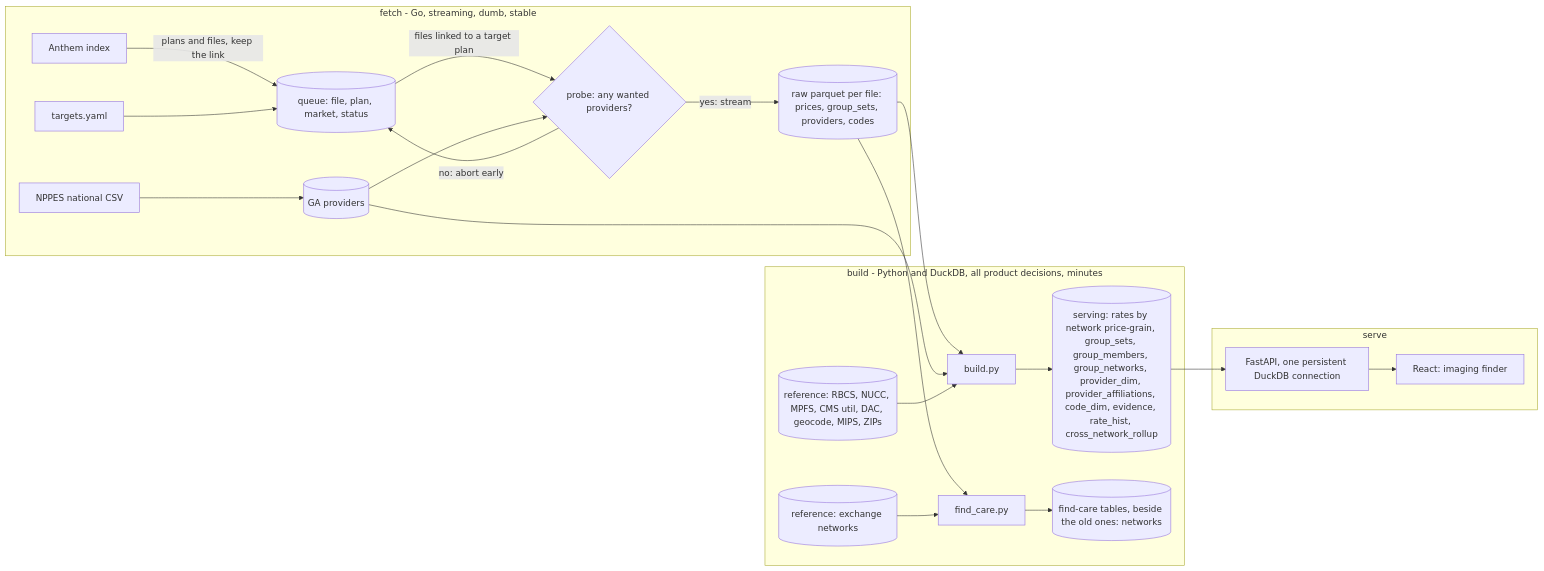
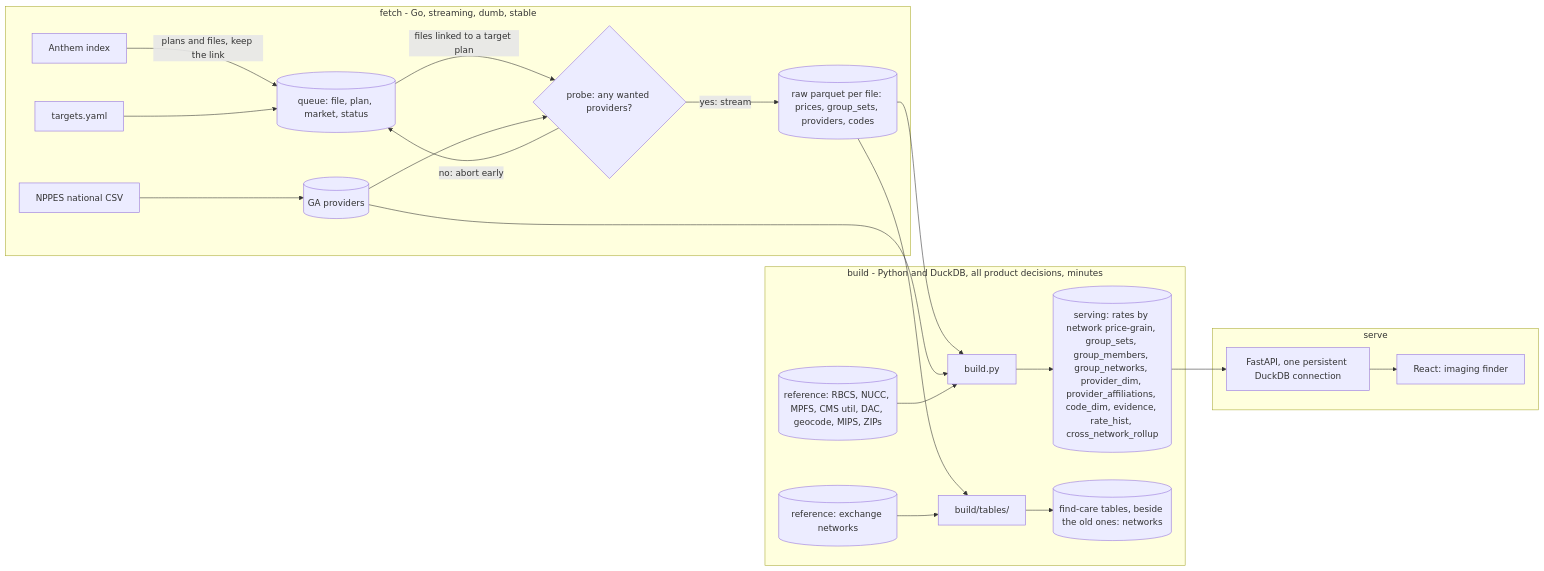
One commit to wmespi/honest-healthcare changed the first of 3 diagrams in docs/architecture.md. Above: the diagram before and after it, drawn with Mermaid. The commit also changed 9 other files, not shown here.

First line of the commit message:
refactor(build): one file per table under build/tables/ (#135)

````diff
--- a/docs/architecture.md
+++ b/docs/architecture.md
@@ -33,25 +33,25 @@
 ```mermaid
 flowchart LR
   subgraph fetch [fetch - Go, streaming, dumb, stable]
     IDX[Anthem index] -->|"plans and files, keep the link"| Q[(queue: file, plan, market, status)]
     TGT[targets.yaml] --> Q
     Q -->|"files linked to a target plan"| PROBE{"probe: any wanted providers?"}
     PROBE -->|"no: abort early"| Q
     PROBE -->|"yes: stream"| RAW[(raw parquet per file: prices, group_sets, providers, codes)]
     NPPES[NPPES national CSV] --> GA[(GA providers)]
     GA --> PROBE
   end
   subgraph build [build - Python and DuckDB, all product decisions, minutes]
     RAW --> B[build.py]
     GA --> B
     REF[(reference: RBCS, NUCC, MPFS, CMS util, DAC, geocode, MIPS, ZIPs)] --> B
     B --> SRV[(serving: rates by network price-grain, group_sets, group_members, group_networks, provider_dim, provider_affiliations, code_dim, evidence, rate_hist, cross_network_rollup)]
-    RAW --> FC[find_care.py]
+    RAW --> FC["build/tables/"]
     XNET[(reference: exchange networks)] --> FC
     FC --> FCT[("find-care tables, beside the old ones: networks")]
   end
   subgraph serve [serve]
     SRV --> API[FastAPI, one persistent DuckDB connection]
     API --> WEB[React: imaging finder]
   end
 ```
````
